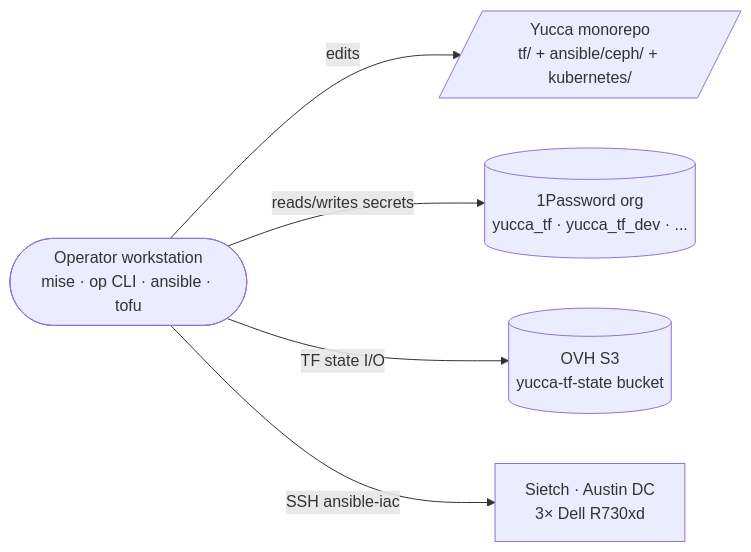
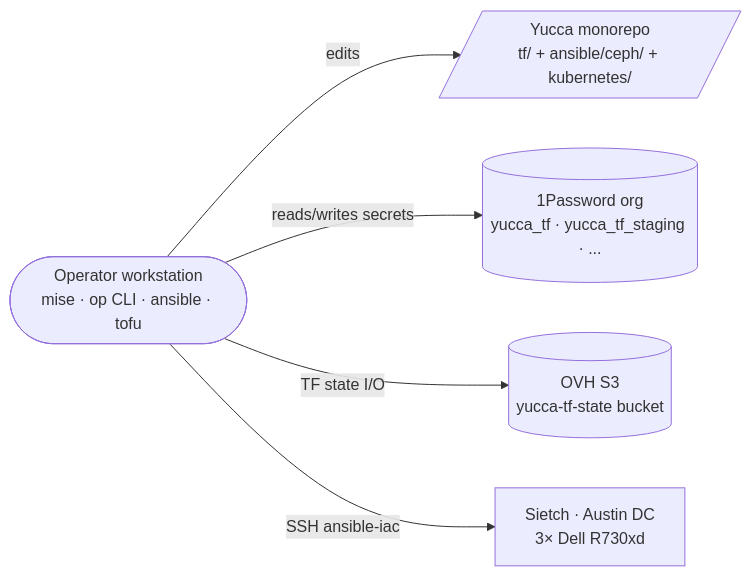
The first of 11 diagrams in ansible/ceph/docs/architecture.md (immich-app/yucca), drawn with Mermaid before and after one commit. The commit also changed other lines of this file and 16 other files, not shown here.

````diff
--- a/ansible/ceph/docs/architecture.md
+++ b/ansible/ceph/docs/architecture.md
@@ -15,13 +15,13 @@
 ```mermaid
 flowchart LR
     OP([Operator workstation<br/>mise · op CLI · ansible · tofu])
     YUCCA[/Yucca monorepo<br/>tf/ + ansible/ceph/ + kubernetes//]
-    ONEP[("1Password org<br/>yucca_tf · yucca_tf_dev · ...")]
+    ONEP[("1Password org<br/>yucca_tf · yucca_tf_staging · ...")]
     S3[("OVH S3<br/>yucca-tf-state bucket")]
     SIETCH["Sietch · Austin DC<br/>3× Dell R730xd"]
 
     OP -->|edits| YUCCA
     OP -->|reads/writes secrets| ONEP
     OP -->|TF state I/O| S3
     OP -->|SSH ansible-iac| SIETCH
 ```
````
